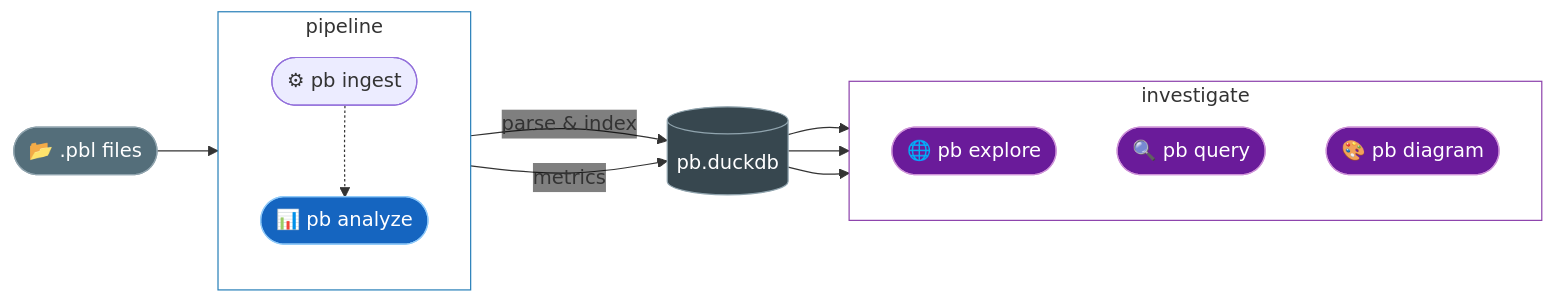
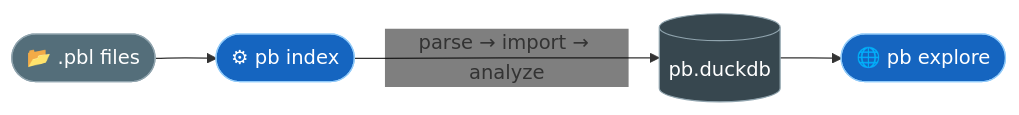
One commit to thomasmarsh/pb changed the diagram in README.md. Above: the diagram before and after it, drawn with Mermaid. The commit also changed other lines of this file and 17 other files, not shown here.

First line of the commit message:
refactor(cli)!: rename ingest→index, add pb explore <dir> shortcut

````diff
--- a/README.md
+++ b/README.md
@@ -9,41 +10,21 @@
 ```mermaid
 %%{init: {'themeVariables': {'edgeLabelBackground': 'transparent'}}}%%
 flowchart LR
     src(["📂 .pbl files"])
+    pipeline(["⚙ pb index"])
+    db[("pb.duckdb")]
+    explore(["🌐 pb explore"])
 
-    subgraph pipeline["  pipeline  "]
-        direction TB
-        ingest(["⚙ pb ingest"])
-        analyze(["📊 pb analyze"])
-        ingest -.-> analyze
-    end
-
-    db[("pb.duckdb")]
-
-    subgraph explore["  investigate  "]
-        direction TB
-        web(["🌐 pb explore"])
-        query(["🔍 pb query "])
-        diagram(["🎨 pb diagram"])
-    end
-
-    src     --> ingest
-    ingest  -- parse & index --> db
-    analyze -- metrics       --> db
-    db      --> web
-    db      --> query
-    db      --> diagram
-
-    style pipeline fill:transparent,stroke:#2980b9
-    style explore  fill:transparent,stroke:#8e44ad
+    src --> pipeline
+    pipeline -- "parse → import → analyze" --> db
+    db --> explore
 
     classDef src fill:#546e7a,stroke:#90a4ae,color:#fff
     classDef cmd fill:#1565c0,stroke:#90caf9,color:#fff
     classDef db  fill:#37474f,stroke:#90a4ae,color:#fff
-    classDef out fill:#6a1b9a,stroke:#ce93d8,color:#fff
 
     class src src
-    class run,analyze cmd
+    class pipeline cmd
     class db db
-    class web,query,diagram out
+    class explore cmd
 ```
````
